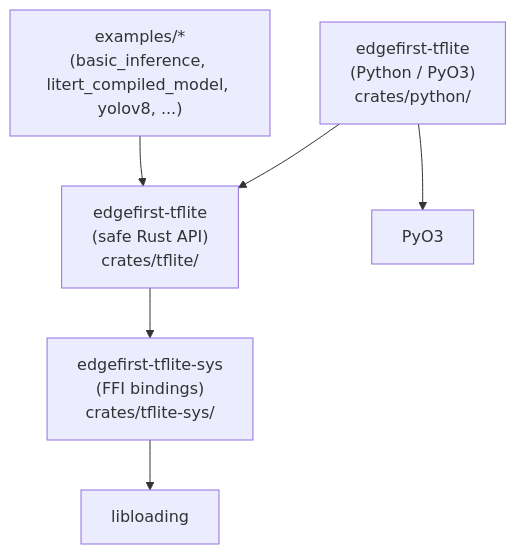
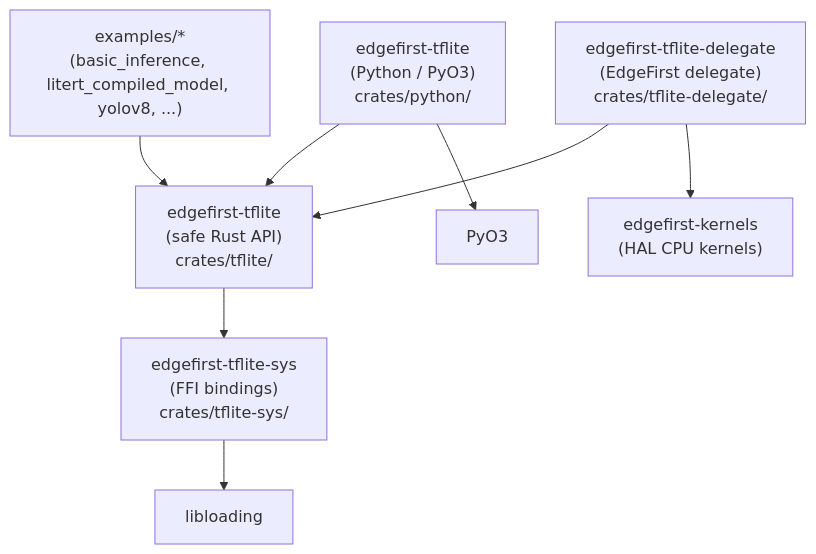
One commit to EdgeFirstAI/tflite-rs changed the first of 3 diagrams in ARCHITECTURE.md. Above: the diagram before and after it, drawn with Mermaid. The commit also changed other lines of this file and 35 other files, not shown here.

First line of the commit message:
EDGEAI-2348: Add Rust custom delegates and the EdgeFirst delegate

````diff
--- a/ARCHITECTURE.md
+++ b/ARCHITECTURE.md
@@ -5,15 +5,19 @@
 ```mermaid
 graph TD
     examples["examples/*<br/>(basic_inference, litert_compiled_model, yolov8, ...)"]
     python["edgefirst-tflite<br/>(Python / PyO3)<br/>crates/python/"]
     tflite["edgefirst-tflite<br/>(safe Rust API)<br/>crates/tflite/"]
+    efdelegate["edgefirst-tflite-delegate<br/>(EdgeFirst delegate)<br/>crates/tflite-delegate/"]
+    kernels["edgefirst-kernels<br/>(HAL CPU kernels)"]
     sys["edgefirst-tflite-sys<br/>(FFI bindings)<br/>crates/tflite-sys/"]
     libloading["libloading"]
     pyo3["PyO3"]
 
     examples --> tflite
     python --> tflite
     python --> pyo3
+    efdelegate --> tflite
+    efdelegate --> kernels
     tflite --> sys
     sys --> libloading
 ```
````
